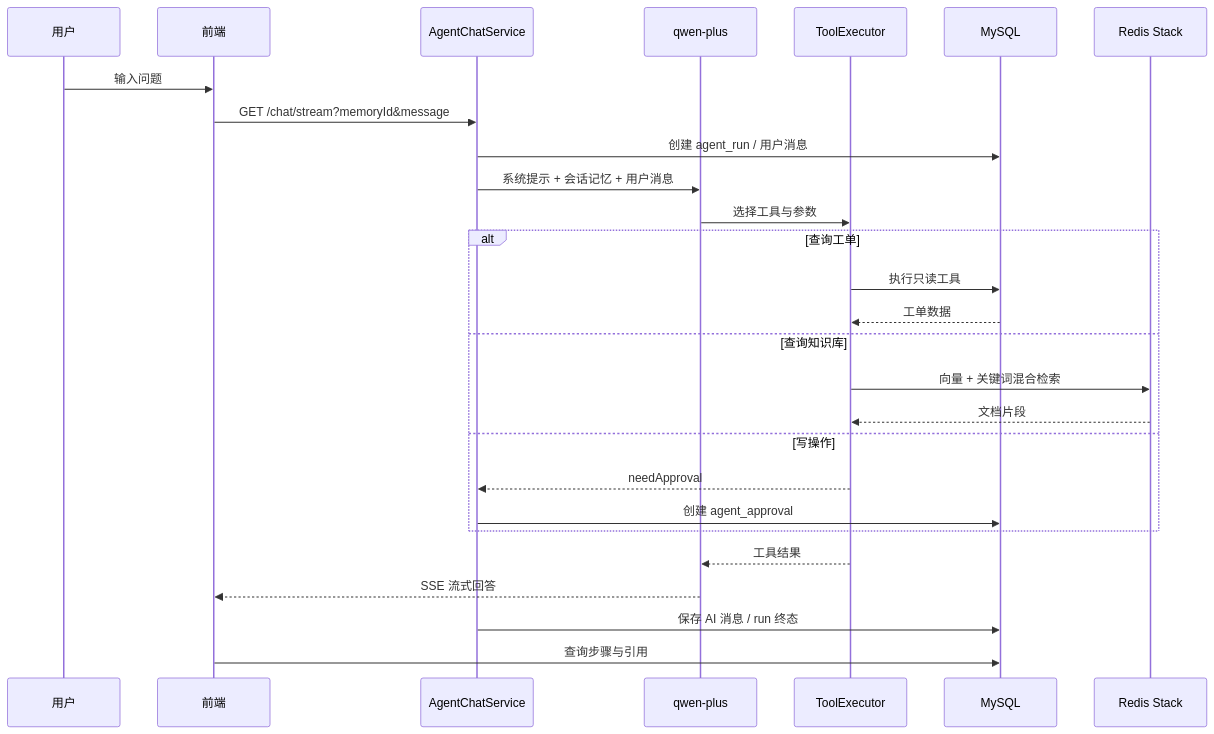
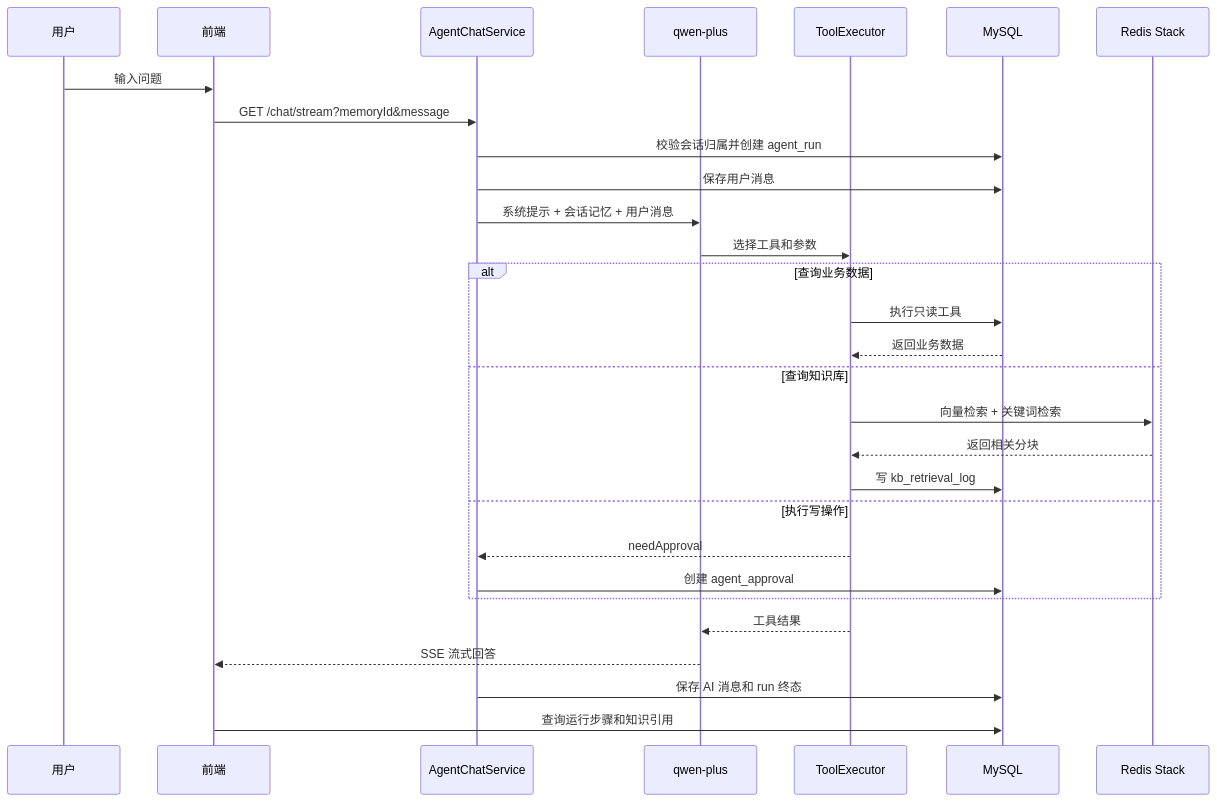
Before and after one commit to tlei49377-afk/agent-ticket-platform: the second of 3 diagrams in README.md, drawn with Mermaid. The commit also changed other lines of this file, not shown here.

````diff
--- a/README.md
+++ b/README.md
@@ -100,30 +186,34 @@
 ```mermaid
 sequenceDiagram
     participant User as 用户
     participant Web as 前端
     participant Chat as AgentChatService
     participant Model as qwen-plus
     participant Tool as ToolExecutor
     participant DB as MySQL
     participant KB as Redis Stack
 
     User->>Web: 输入问题
     Web->>Chat: GET /chat/stream?memoryId&message
-    Chat->>DB: 创建 agent_run / 用户消息
+    Chat->>DB: 校验会话归属并创建 agent_run
+    Chat->>DB: 保存用户消息
     Chat->>Model: 系统提示 + 会话记忆 + 用户消息
-    Model->>Tool: 选择工具与参数
-    alt 查询工单
+    Model->>Tool: 选择工具和参数
+
+    alt 查询业务数据
         Tool->>DB: 执行只读工具
-        DB-->>Tool: 工单数据
+        DB-->>Tool: 返回业务数据
     else 查询知识库
-        Tool->>KB: 向量 + 关键词混合检索
-        KB-->>Tool: 文档片段
-    else 写操作
+        Tool->>KB: 向量检索 + 关键词检索
+        KB-->>Tool: 返回相关分块
+        Tool->>DB: 写 kb_retrieval_log
+    else 执行写操作
         Tool-->>Chat: needApproval
         Chat->>DB: 创建 agent_approval
     end
+
     Tool-->>Model: 工具结果
     Model-->>Web: SSE 流式回答
-    Chat->>DB: 保存 AI 消息 / run 终态
-    Web->>DB: 查询步骤与引用
+    Chat->>DB: 保存 AI 消息和 run 终态
+    Web->>DB: 查询运行步骤和知识引用
 ```
````
